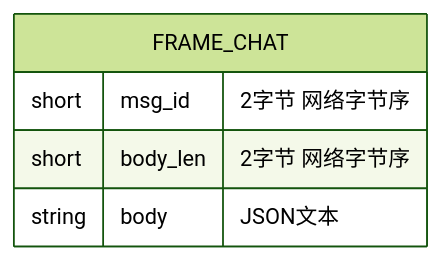
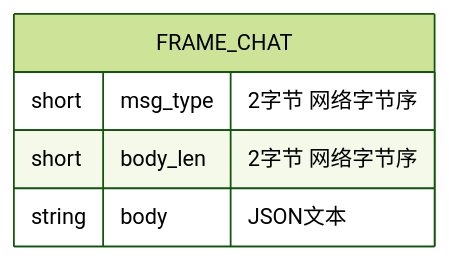
Before and after one commit to echo9923/mychatter: the sixth of 7 diagrams in .qoder/repowiki/zh/content/架构设计/通信协议设计/TCP二进制协议.md, drawn with Mermaid (forest theme). The commit also changed other lines of this file and 128 other files, not shown here.

First line of the commit message:
refactor(protocol): TCP 帧头消息类型 msg_id 全局改名为 msg_type

````diff
--- a/.qoder/repowiki/zh/content/架构设计/通信协议设计/TCP二进制协议.md
+++ b/.qoder/repowiki/zh/content/架构设计/通信协议设计/TCP二进制协议.md
@@ -309,8 +309,8 @@
 ```mermaid
 erDiagram
 FRAME_CHAT {
-short msg_id "2字节 网络字节序"
+short msg_type "2字节 网络字节序"
 short body_len "2字节 网络字节序"
 string body "JSON文本"
 }
 ```
````
